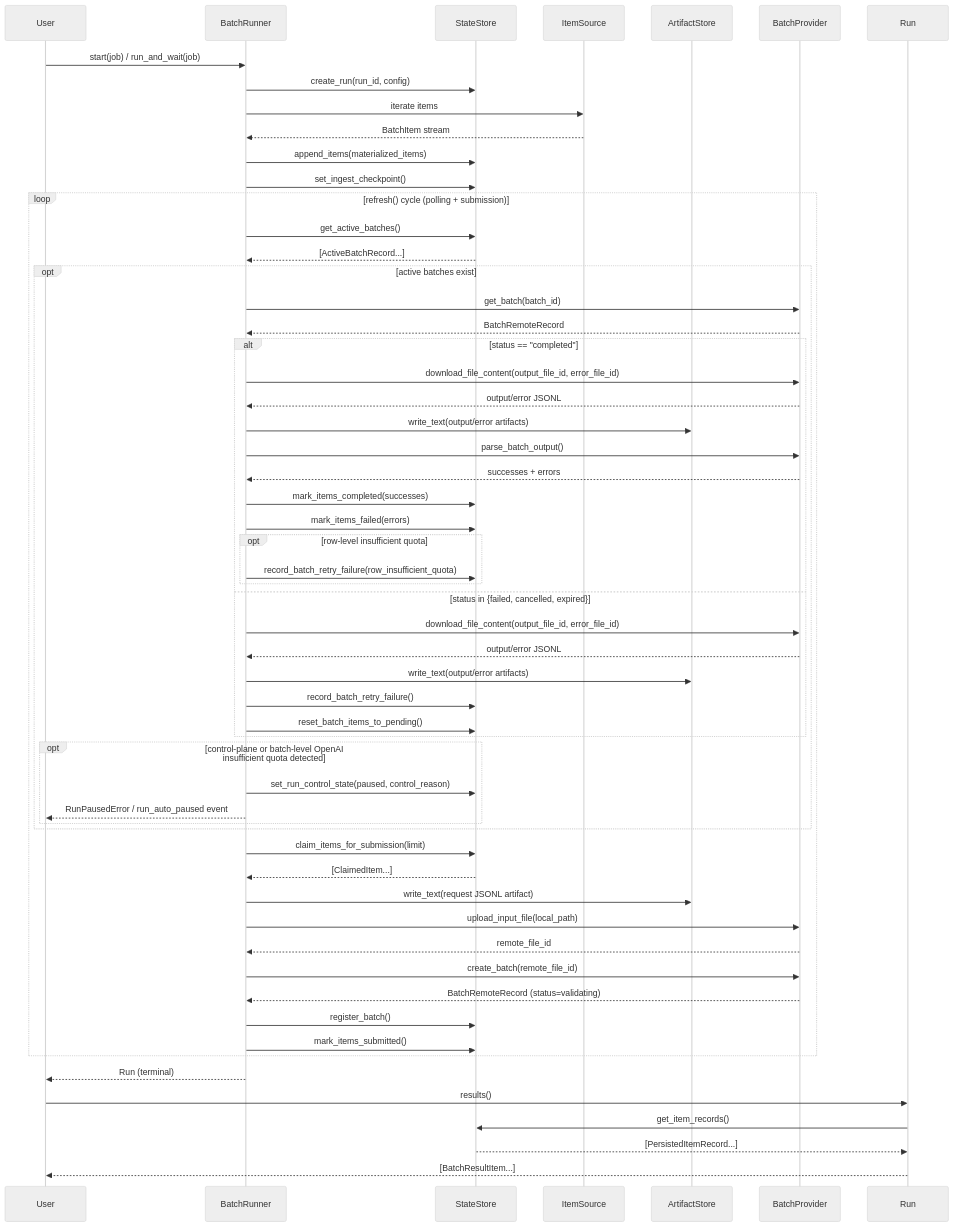
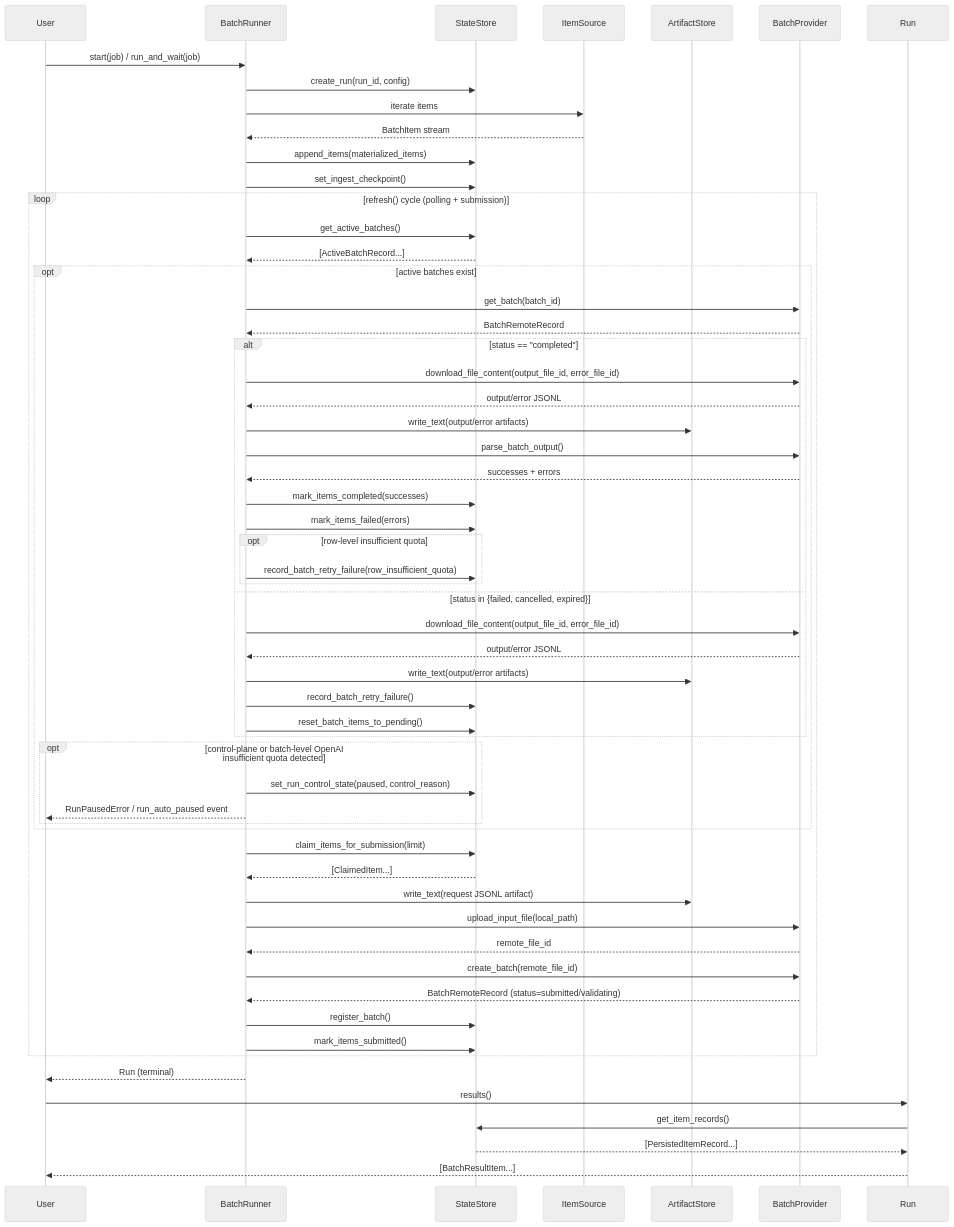
The second of 4 diagrams in docs/design_docs/ARCHITECTURE.md (AnsonDev42/batchor), drawn with Mermaid (neutral theme) before and after one commit. The commit also changed other lines of this file and 36 other files, not shown here.

First line of the commit message:
feat: add Gemini batch provider (#9)

````diff
--- a/docs/design_docs/ARCHITECTURE.md
+++ b/docs/design_docs/ARCHITECTURE.md
@@ -149,66 +155,66 @@
 ```mermaid
 sequenceDiagram
     participant User
     participant BatchRunner
     participant StateStore
     participant ItemSource
     participant ArtifactStore
     participant Provider as BatchProvider
 
     User->>BatchRunner: start(job) / run_and_wait(job)
     BatchRunner->>StateStore: create_run(run_id, config)
     BatchRunner->>ItemSource: iterate items
     ItemSource-->>BatchRunner: BatchItem stream
     BatchRunner->>StateStore: append_items(materialized_items)
     BatchRunner->>StateStore: set_ingest_checkpoint()
 
     loop refresh() cycle (polling + submission)
         BatchRunner->>StateStore: get_active_batches()
         StateStore-->>BatchRunner: [ActiveBatchRecord...]
 
         opt active batches exist
             BatchRunner->>Provider: get_batch(batch_id)
             Provider-->>BatchRunner: BatchRemoteRecord
 
             alt status == "completed"
                 BatchRunner->>Provider: download_file_content(output_file_id, error_file_id)
                 Provider-->>BatchRunner: output/error JSONL
                 BatchRunner->>ArtifactStore: write_text(output/error artifacts)
                 BatchRunner->>Provider: parse_batch_output()
                 Provider-->>BatchRunner: successes + errors
                 BatchRunner->>StateStore: mark_items_completed(successes)
                 BatchRunner->>StateStore: mark_items_failed(errors)
                 opt row-level insufficient quota
                     BatchRunner->>StateStore: record_batch_retry_failure(row_insufficient_quota)
                 end
             else status in {failed, cancelled, expired}
                 BatchRunner->>Provider: download_file_content(output_file_id, error_file_id)
                 Provider-->>BatchRunner: output/error JSONL
                 BatchRunner->>ArtifactStore: write_text(output/error artifacts)
                 BatchRunner->>StateStore: record_batch_retry_failure()
                 BatchRunner->>StateStore: reset_batch_items_to_pending()
             end
 
             opt control-plane or batch-level OpenAI insufficient quota detected
                 BatchRunner->>StateStore: set_run_control_state(paused, control_reason)
                 BatchRunner-->>User: RunPausedError / run_auto_paused event
             end
         end
 
         BatchRunner->>StateStore: claim_items_for_submission(limit)
         StateStore-->>BatchRunner: [ClaimedItem...]
         BatchRunner->>ArtifactStore: write_text(request JSONL artifact)
         BatchRunner->>Provider: upload_input_file(local_path)
         Provider-->>BatchRunner: remote_file_id
         BatchRunner->>Provider: create_batch(remote_file_id)
-        Provider-->>BatchRunner: BatchRemoteRecord (status=validating)
+        Provider-->>BatchRunner: BatchRemoteRecord (status=submitted/validating)
         BatchRunner->>StateStore: register_batch()
         BatchRunner->>StateStore: mark_items_submitted()
     end
 
     BatchRunner-->>User: Run (terminal)
     User->>Run: results()
     Run->>StateStore: get_item_records()
     StateStore-->>Run: [PersistedItemRecord...]
     Run-->>User: [BatchResultItem...]
 ```
````
